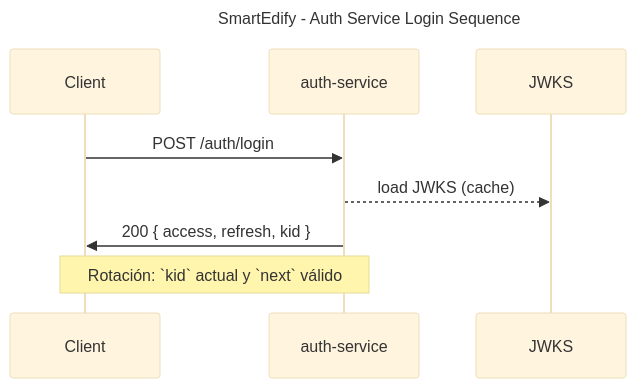
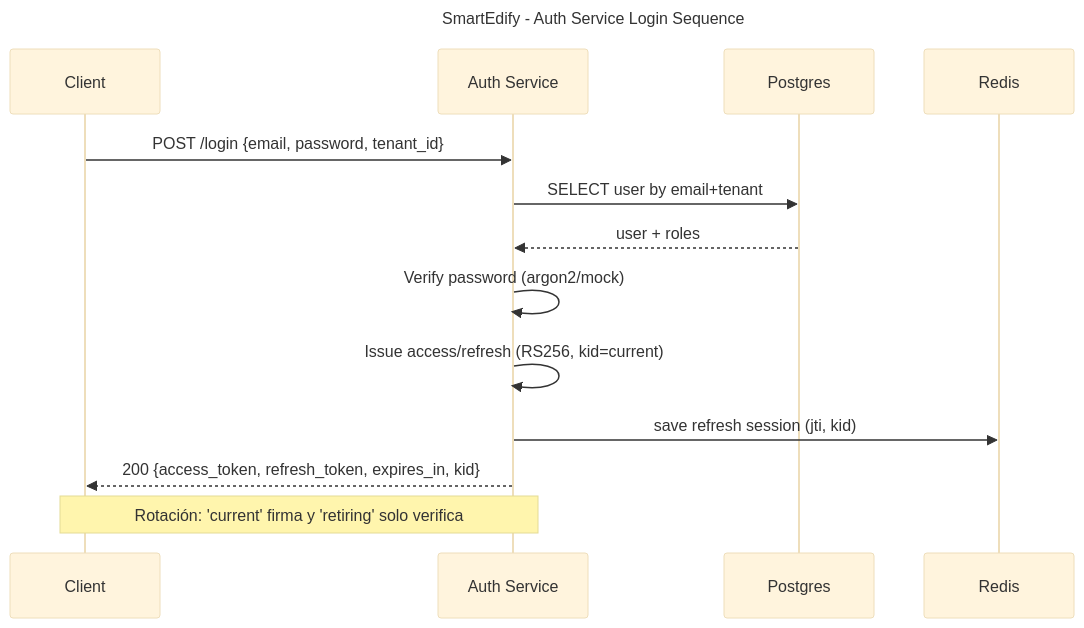
The diagram in docs/design/diagrams/auth-sequence.mmd (latamteks-cmyk/SmartEdify_V0), drawn with Mermaid (base theme) before and after one commit. The commit also changed 18 other files, not shown here.

Commit message:
docs: update documentation and diagrams

```diff
--- a/docs/design/diagrams/auth-sequence.mmd
+++ b/docs/design/diagrams/auth-sequence.mmd
@@ -1,11 +1,16 @@
 ---
 title: SmartEdify - Auth Service Login Sequence
 ---
 sequenceDiagram
-  participant C as Client
-  participant AS as auth-service
-  participant JW as JWKS
-  C->>AS: POST /auth/login
-  AS-->>JW: load JWKS (cache)
-  AS->>C: 200 { access, refresh, kid }
-  Note over C,AS: Rotación: `kid` actual y `next` válido
+    participant C as Client
+    participant AS as Auth Service
+    participant DB as Postgres
+    participant R as Redis
+    C->>AS: POST /login {email, password, tenant_id}
+    AS->>DB: SELECT user by email+tenant
+    DB-->>AS: user + roles
+    AS->>AS: Verify password (argon2/mock)
+    AS->>AS: Issue access/refresh (RS256, kid=current)
+    AS->>R: save refresh session (jti, kid)
+    AS-->>C: 200 {access_token, refresh_token, expires_in, kid}
+    Note over C,AS: Rotación: 'current' firma y 'retiring' solo verifica
```
